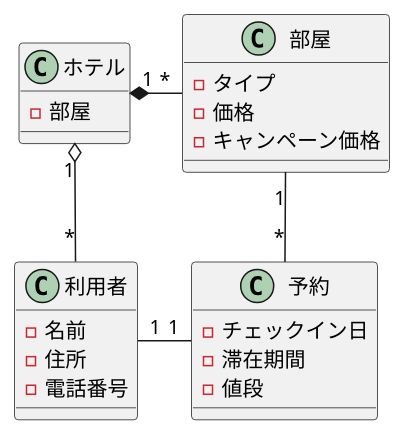
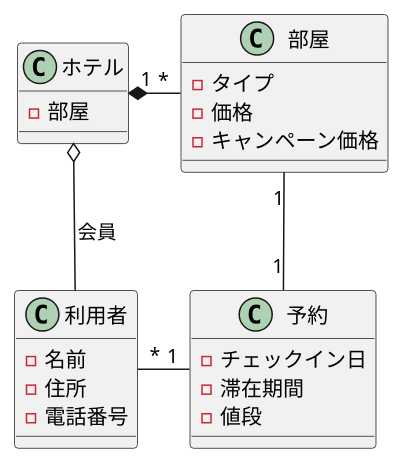
The diagram in 演習3-3_CL_ホテルと利用者と部屋と予約.pu (Takhshi/uml-introduction), drawn with PlantUML before and after one commit. The commit also changed 3 other files, not shown here.

```diff
--- a/演習3-3_CL_ホテルと利用者と部屋と予約.pu
+++ b/演習3-3_CL_ホテルと利用者と部屋と予約.pu
@@ -1,25 +1,25 @@
 @startuml ホテルと利用者と部屋と予約
 ' left to right direction
 class "利用者" as user {
 - 名前
 - 住所
 - 電話番号
 }
 class "ホテル" as hotel {
 - 部屋
 }
 class "部屋" as room {
 - タイプ
 - 価格
 - キャンペーン価格
 }
 class "予約" as reserve {
 - チェックイン日
 - 滞在期間
 - 値段
 }
 hotel "1" *- "*" room
-hotel "1" o-- "*" user
-user "1" - "1" reserve
-room "1" -- "*" reserve
+hotel o-- user:会員
+user "*" - "1" reserve
+room "1" -- "1" reserve
 @enduml
```
